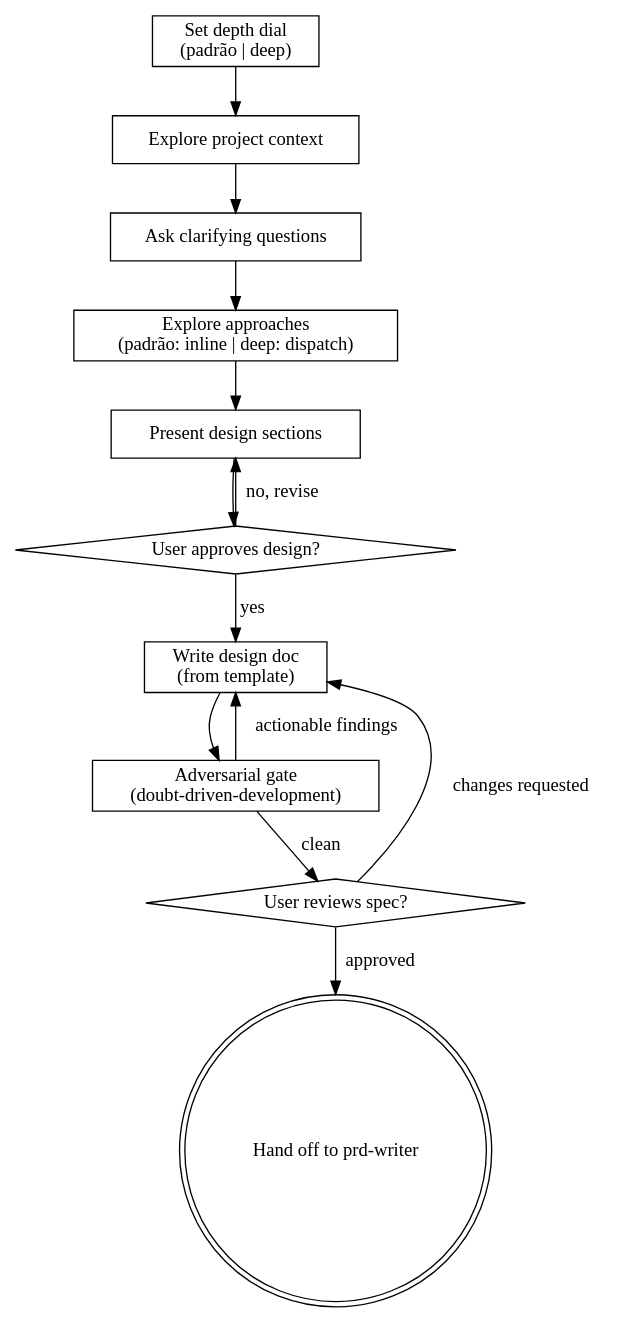
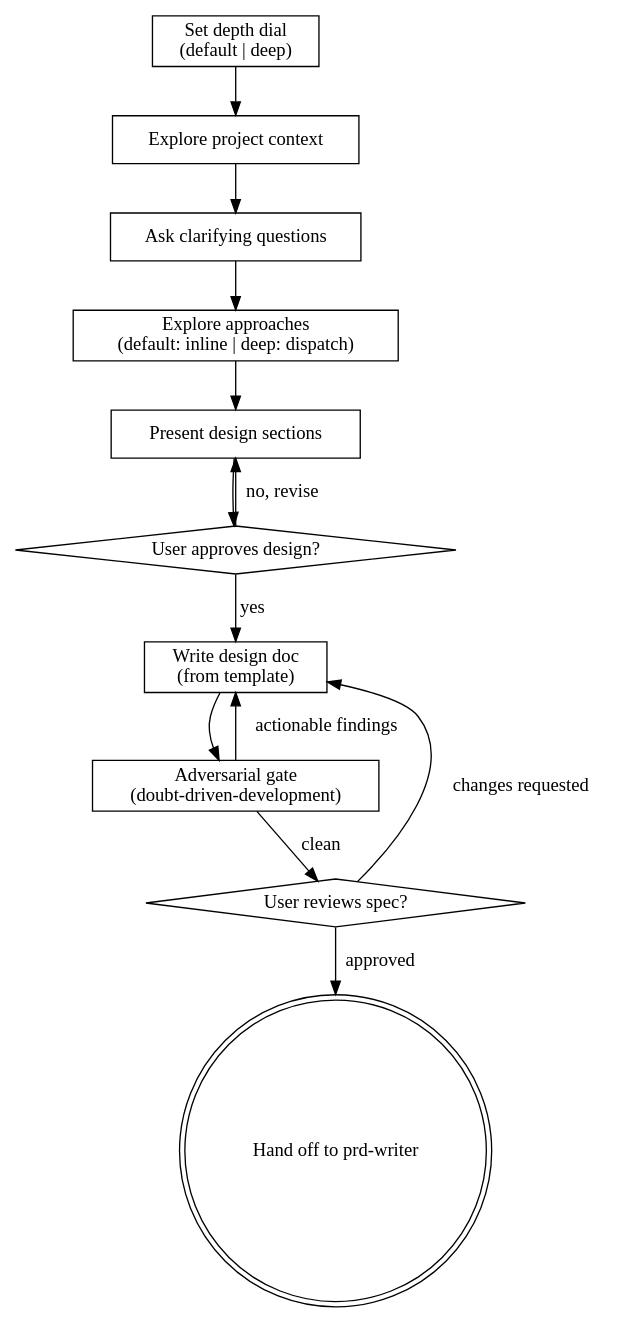
The diagram in core/claude/skills/brainstorming/SKILL.md (CaioWF/keel), drawn with Graphviz before and after one commit. The commit also changed other lines of this file and 58 other files, not shown here.

````diff
--- a/core/claude/skills/brainstorming/SKILL.md
+++ b/core/claude/skills/brainstorming/SKILL.md
@@ -36,27 +36,27 @@
 ```dot
 digraph brainstorming {
-    "Set depth dial\n(padrão | deep)" [shape=box];
+    "Set depth dial\n(default | deep)" [shape=box];
     "Explore project context" [shape=box];
     "Ask clarifying questions" [shape=box];
-    "Explore approaches\n(padrão: inline | deep: dispatch)" [shape=box];
+    "Explore approaches\n(default: inline | deep: dispatch)" [shape=box];
     "Present design sections" [shape=box];
     "User approves design?" [shape=diamond];
     "Write design doc\n(from template)" [shape=box];
     "Adversarial gate\n(doubt-driven-development)" [shape=box];
     "User reviews spec?" [shape=diamond];
     "Hand off to prd-writer" [shape=doublecircle];
 
-    "Set depth dial\n(padrão | deep)" -> "Explore project context";
+    "Set depth dial\n(default | deep)" -> "Explore project context";
     "Explore project context" -> "Ask clarifying questions";
-    "Ask clarifying questions" -> "Explore approaches\n(padrão: inline | deep: dispatch)";
-    "Explore approaches\n(padrão: inline | deep: dispatch)" -> "Present design sections";
+    "Ask clarifying questions" -> "Explore approaches\n(default: inline | deep: dispatch)";
+    "Explore approaches\n(default: inline | deep: dispatch)" -> "Present design sections";
     "Present design sections" -> "User approves design?";
     "User approves design?" -> "Present design sections" [label="no, revise"];
     "User approves design?" -> "Write design doc\n(from template)" [label="yes"];
     "Write design doc\n(from template)" -> "Adversarial gate\n(doubt-driven-development)";
     "Adversarial gate\n(doubt-driven-development)" -> "Write design doc\n(from template)" [label="actionable findings"];
     "Adversarial gate\n(doubt-driven-development)" -> "User reviews spec?" [label="clean"];
     "User reviews spec?" -> "Write design doc\n(from template)" [label="changes requested"];
     "User reviews spec?" -> "Hand off to prd-writer" [label="approved"];
 }
 ```
````
